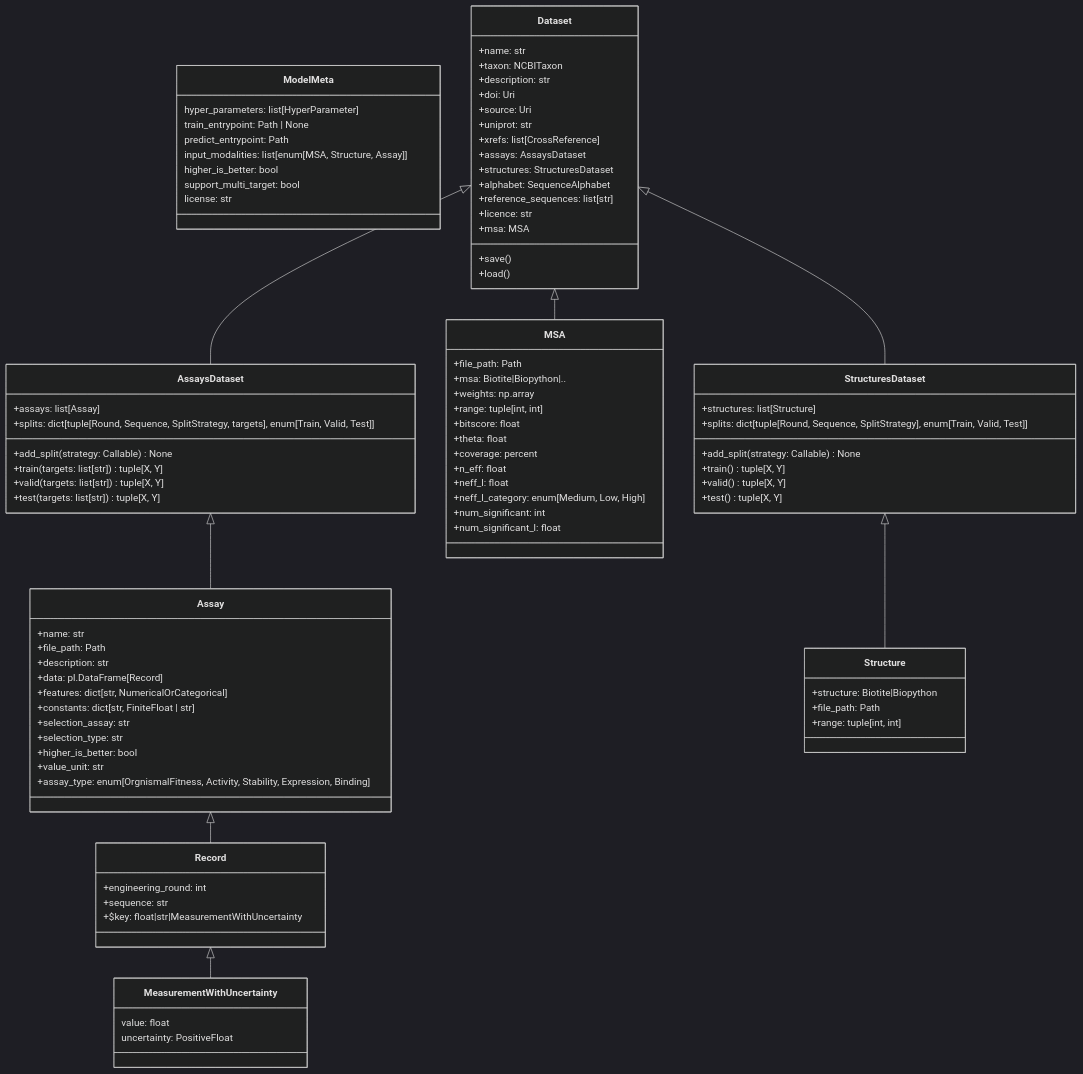
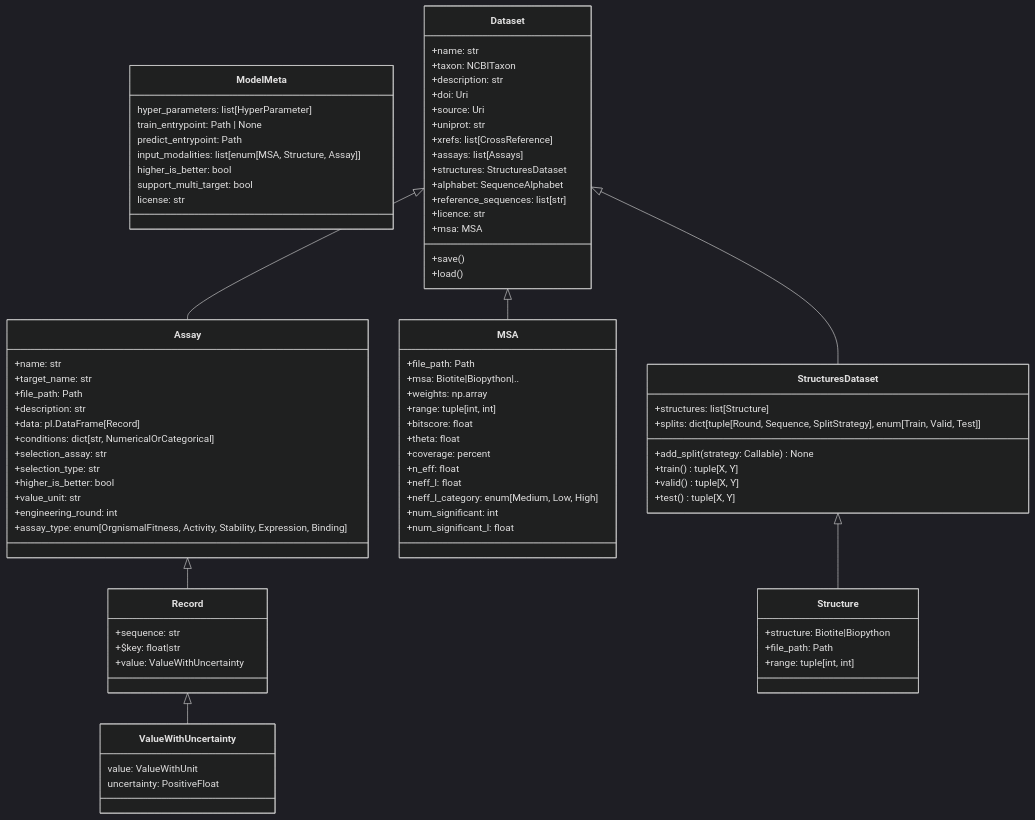
One commit to ProteinGym/proteingym-base changed the diagram in README.md. Above: the diagram before and after it, drawn with Mermaid (dark theme).

Commit message:
refactor: make assays more atomic

````diff
--- a/README.md
+++ b/README.md
@@ -11,8 +11,8 @@
         support_multi_target: bool
         license: str
     }
-    class MeasurementWithUncertainty{
-        value: float
+    class ValueWithUncertainty{
+        value: ValueWithUnit
         uncertainty: PositiveFloat
     }
     class Dataset{
@@ -23,7 +23,7 @@
         +source: Uri
         +uniprot: str
         +xrefs: list[CrossReference]
-        +assays: AssaysDataset
+        +assays: list[Assays]
         +structures: StructuresDataset
         +alphabet: SequenceAlphabet
         +reference_sequences: list[str]
@@ -33,29 +33,22 @@
         +load()
     }
     class Record{
-      +engineering_round: int
       +sequence: str
-      +$key: float|str|MeasurementWithUncertainty
-    }
-    class AssaysDataset{
-        +assays: list[Assay]
-        +splits: dict[tuple[Round, Sequence, SplitStrategy, targets], enum[Train, Valid, Test]]
-        +add_split(strategy: Callable) None
-        +train(targets: list[str]) tuple[X, Y]
-        +valid(targets: list[str]) tuple[X, Y]
-        +test(targets: list[str]) tuple[X, Y]
+      +$key: float|str
+      +value: ValueWithUncertainty
     }
     class Assay{
         +name: str
+        +target_name: str
         +file_path: Path
         +description: str
         +data: pl.DataFrame[Record]
-        +features: dict[str, NumericalOrCategorical]
-        +constants: dict[str, FiniteFloat | str]
+        +conditions: dict[str, NumericalOrCategorical]
         +selection_assay: str
         +selection_type: str
         +higher_is_better: bool
         +value_unit: str
+        +engineering_round: int
         +assay_type: enum[OrgnismalFitness, Activity, Stability, Expression, Binding]
     }
     class MSA{
@@ -85,11 +78,10 @@
         +file_path: Path
         +range: tuple[int, int]
     }
-    Dataset <|-- AssaysDataset
+    Dataset <|-- Assay
     Dataset <|-- StructuresDataset
     Dataset <|-- MSA
-    AssaysDataset <|-- Assay
     StructuresDataset <|-- Structure
     Assay <|-- Record
-    Record <|-- MeasurementWithUncertainty
+    Record <|-- ValueWithUncertainty
 ```
````
